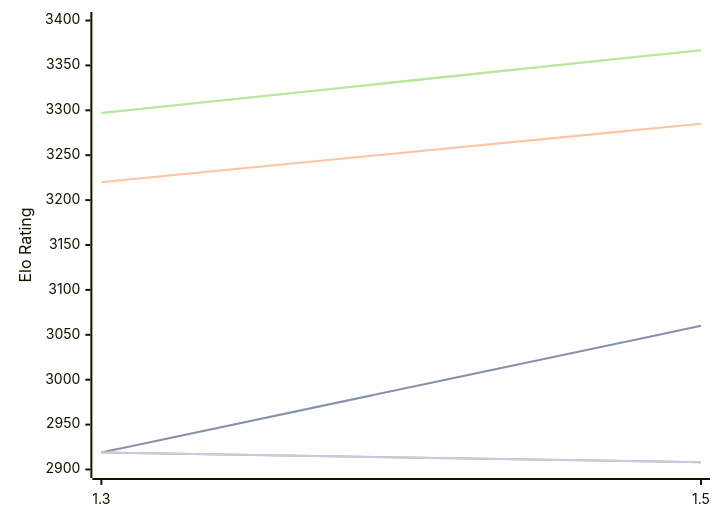
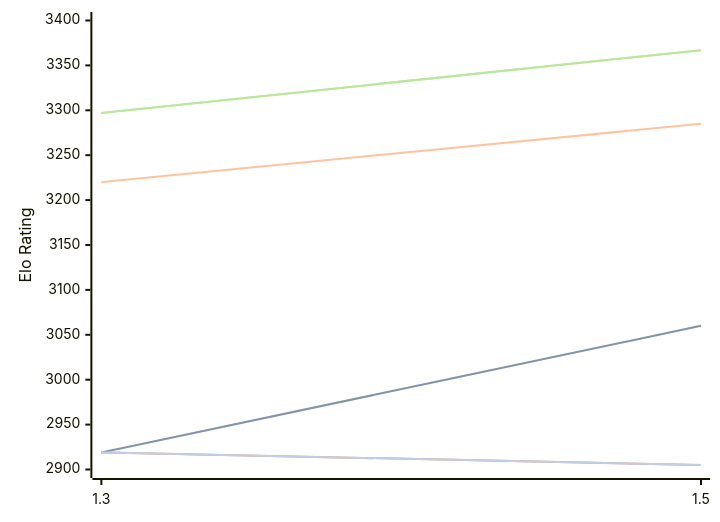
One commit to computer-chess-index/cci changed the diagram in engines/Lambergar.md. Above: the diagram before and after it, drawn with Mermaid. The commit also changed other lines of this file, not shown here.

````diff
--- a/engines/Lambergar.md
+++ b/engines/Lambergar.md
@@ -48,13 +48,13 @@
 ```mermaid
 %%{init: {"theme":"base","themeVariables":{"seriesColors:['#a3a3a3','#222221','#faa371']}}}%%
 xychart-beta
   x-axis ["1.3", "1.5"]
   y-axis "Elo Rating" 2900 --> 3400
   line "" [2919, 3060]
   line "T1: STC (8.0+0.08s)" [2919, 3060]
   line "T1: LTC (60.0+0.60s)" [3220, 3285]
   line "" [3297, 3367]
   line "T1: VLTC (2m24s+1.12s)" [3297, 3367]
-  line "" [2919,2908]
-  line "E1: STC (8.0+0.08s)" [2919,2908]
+  line "" [2919,2905]
+  line "E1: STC (8.0+0.08s)" [2919,2905]
 ```
````
